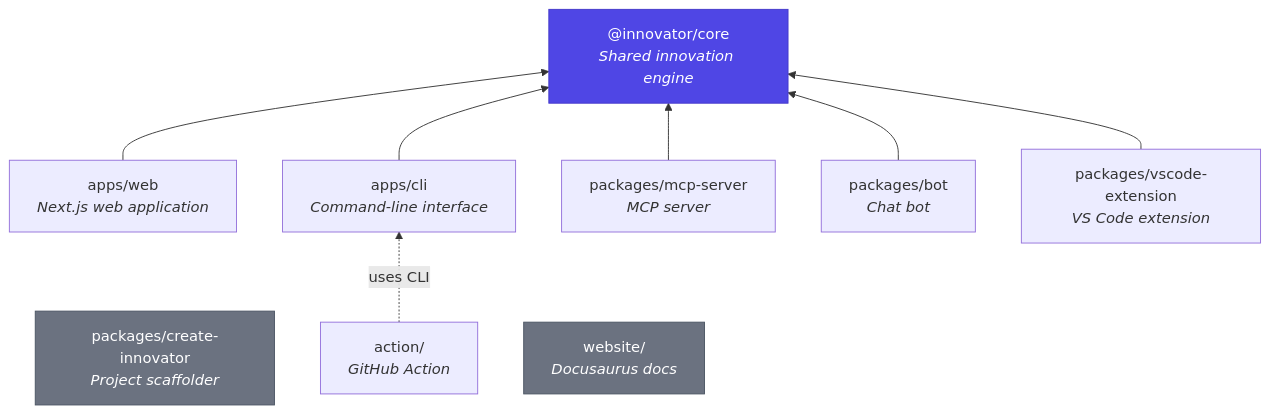
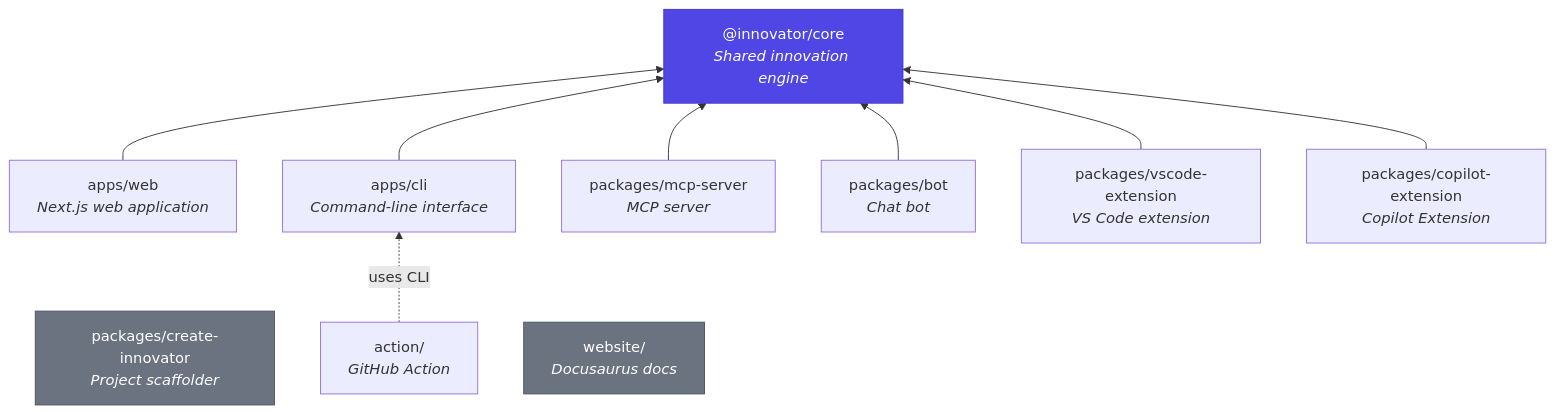
The first of 6 diagrams in ARCHITECTURE.md (josedab/innovator), drawn with Mermaid before and after one commit. The commit also changed other lines of this file and 1 other file, not shown here.

First line of the commit message:
docs: update architecture and README for new packages

````diff
--- a/ARCHITECTURE.md
+++ b/ARCHITECTURE.md
@@ -7,24 +7,26 @@
 ```mermaid
 graph BT
   core["@innovator/core<br/><i>Shared innovation engine</i>"]
 
   web["apps/web<br/><i>Next.js web application</i>"]
   cli["apps/cli<br/><i>Command-line interface</i>"]
   mcp["packages/mcp-server<br/><i>MCP server</i>"]
   bot["packages/bot<br/><i>Chat bot</i>"]
   vscode["packages/vscode-extension<br/><i>VS Code extension</i>"]
+  copilot["packages/copilot-extension<br/><i>Copilot Extension</i>"]
   create["packages/create-innovator<br/><i>Project scaffolder</i>"]
   action["action/<br/><i>GitHub Action</i>"]
   website["website/<br/><i>Docusaurus docs</i>"]
 
   web --> core
   cli --> core
   mcp --> core
   bot --> core
   vscode --> core
+  copilot --> core
   action -.->|uses CLI| cli
 
   style core fill:#4f46e5,color:#fff,stroke:#4338ca
   style website fill:#6b7280,color:#fff,stroke:#4b5563
   style create fill:#6b7280,color:#fff,stroke:#4b5563
 ```
````
